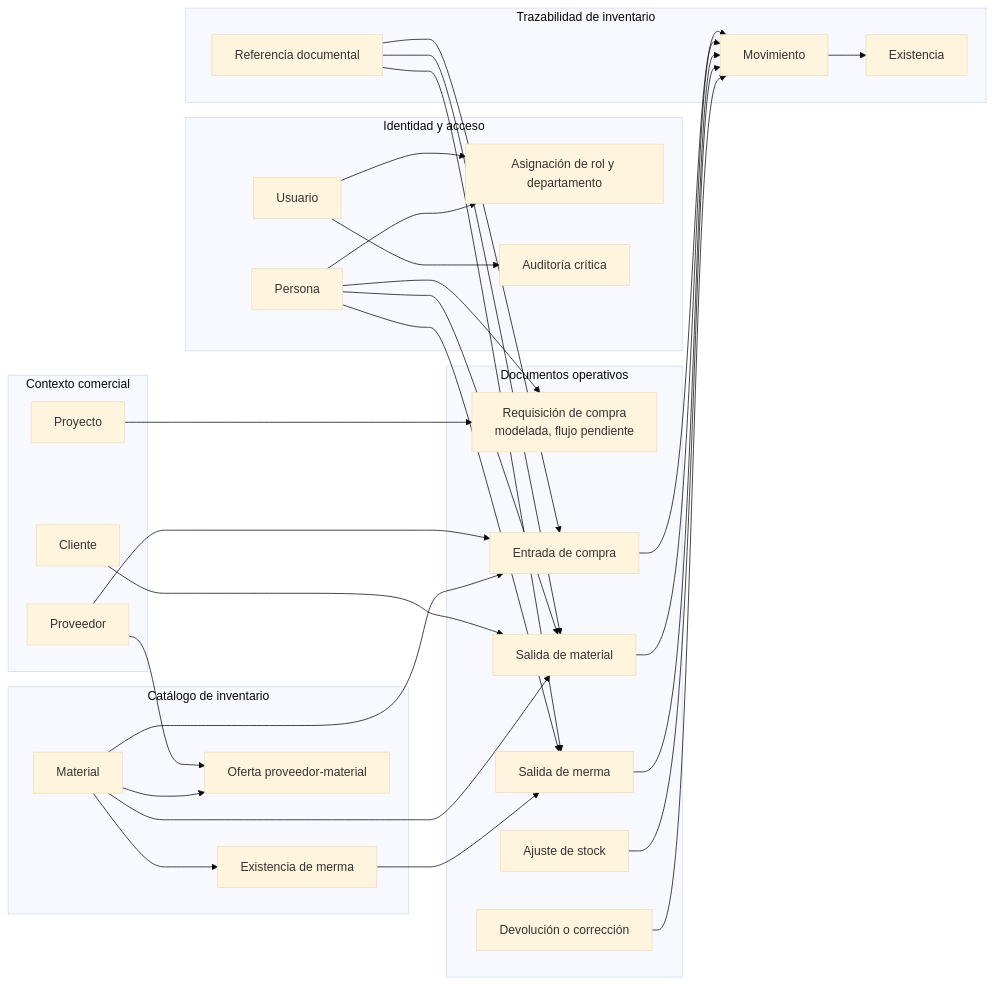
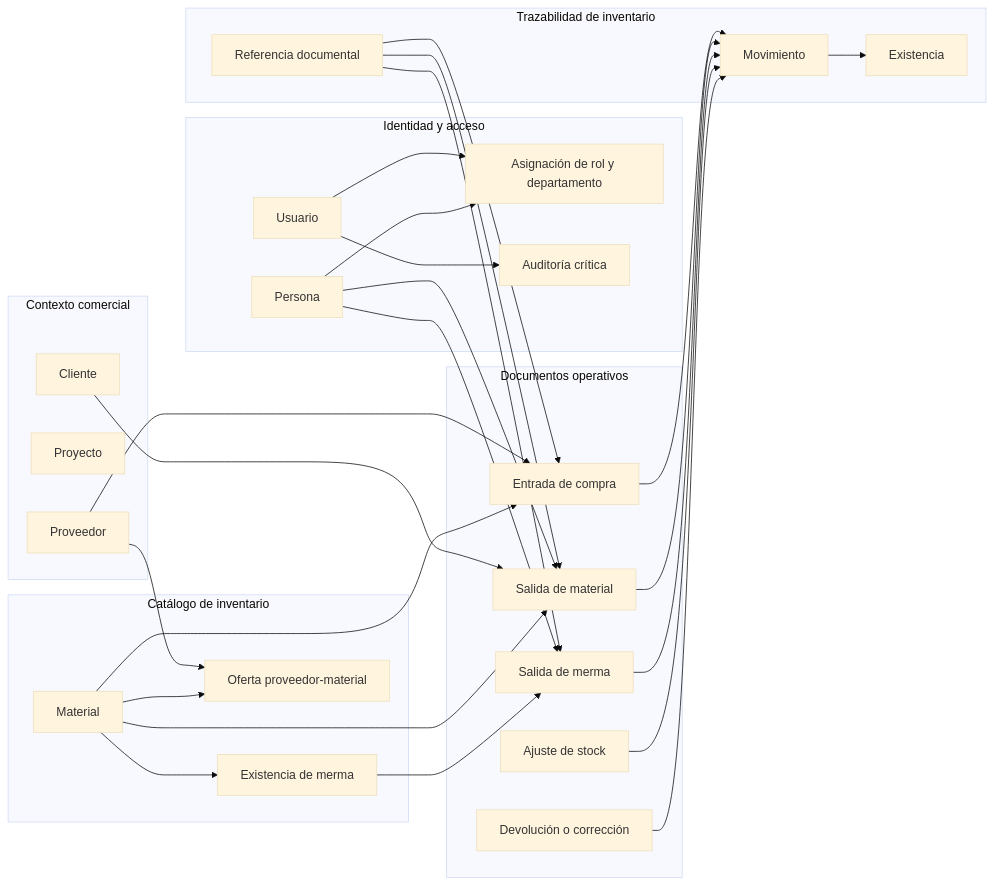
The first of 2 diagrams in docs/domain-and-use-cases.md (gpgsistemas01/nexus), drawn with Mermaid (base theme) before and after one commit. The commit also changed 15 other files, not shown here.

````diff
--- a/docs/domain-and-use-cases.md
+++ b/docs/domain-and-use-cases.md
@@ -22,61 +22,58 @@
 ```mermaid
 flowchart LR
     subgraph identity["Identidad y acceso"]
         user["Usuario"]
         person["Persona"]
         access["Asignación de rol y departamento"]
         audit["Auditoría crítica"]
         user --> access
         person --> access
         user --> audit
     end
 
     subgraph commercial["Contexto comercial"]
         client["Cliente"]
         project["Proyecto"]
         supplier["Proveedor"]
     end
 
     subgraph catalog["Catálogo de inventario"]
         material["Material"]
         waste["Existencia de merma"]
         supplierMaterial["Oferta proveedor-material"]
         supplier --> supplierMaterial
         material --> supplierMaterial
         material --> waste
     end
 
     subgraph documents["Documentos operativos"]
-        requisition["Requisición de compra<br/>modelada, flujo pendiente"]
         receipt["Entrada de compra"]
         goodsIssue["Salida de material"]
         wasteIssue["Salida de merma"]
         adjustment["Ajuste de stock"]
         return["Devolución o corrección"]
     end
 
     subgraph ledger["Trazabilidad de inventario"]
         movement["Movimiento"]
         stock["Existencia"]
         reference["Referencia documental"]
     end
 
-    person --> requisition
-    project --> requisition
     supplier --> receipt
     client --> goodsIssue
     person --> goodsIssue
     person --> wasteIssue
     material --> receipt
     material --> goodsIssue
     waste --> wasteIssue
     receipt --> movement
     goodsIssue --> movement
     wasteIssue --> movement
     adjustment --> movement
     return --> movement
     movement --> stock
     reference --> receipt
     reference --> goodsIssue
     reference --> wasteIssue
 ```
````
